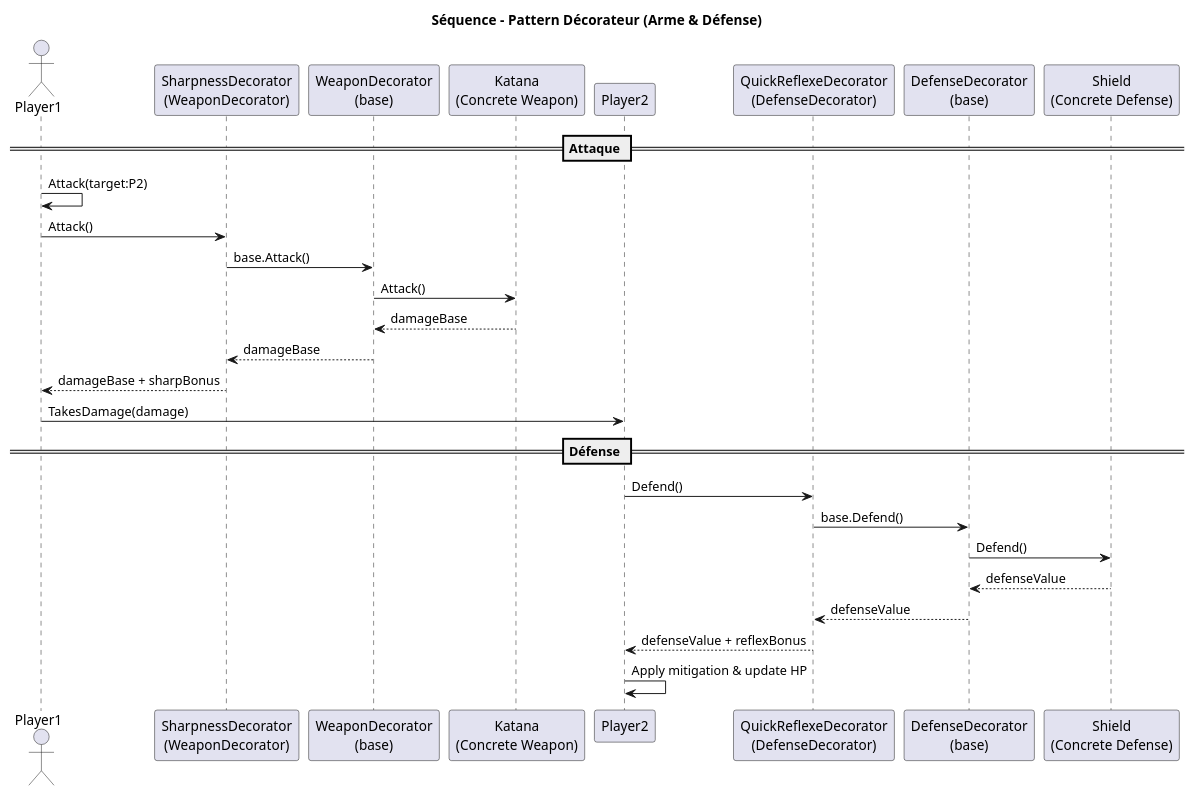
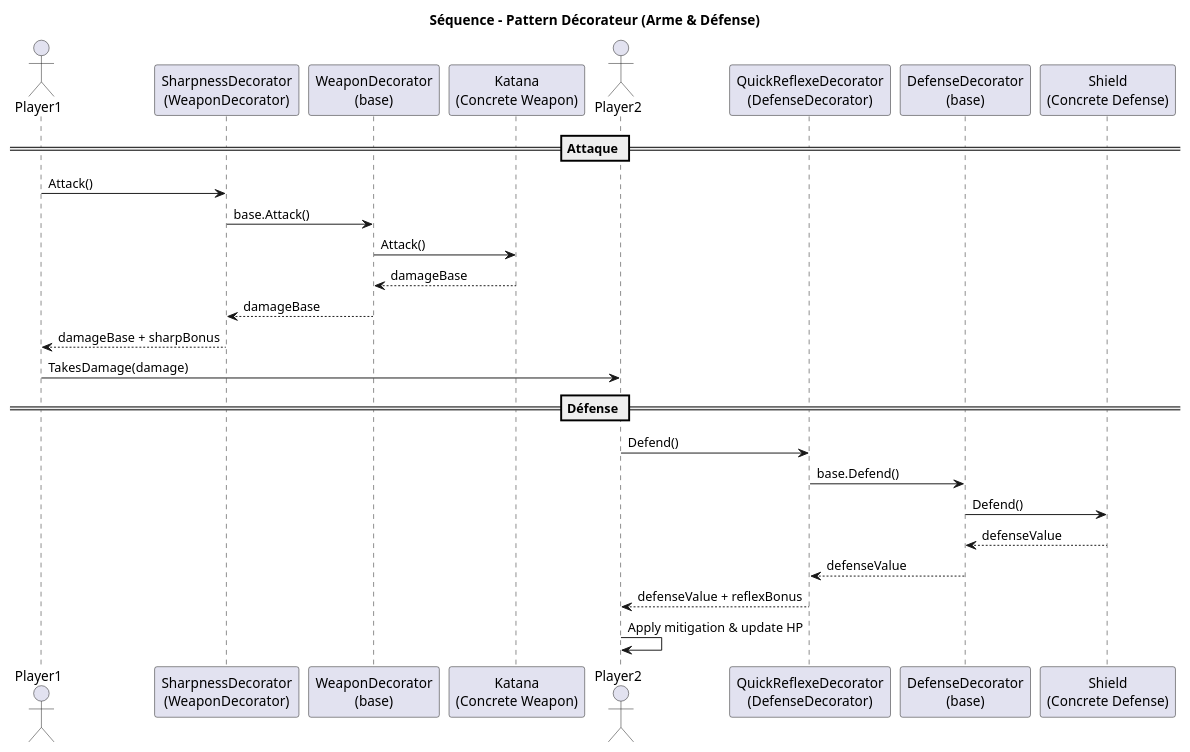
Before and after one commit to Mxzah/TP-final-1SY: the diagram in Diagrams/SequentialDiagram.wsd, drawn with PlantUML.

Commit message:
Modifier le diagramme de séquence

```diff
--- a/Diagrams/SequentialDiagram.wsd
+++ b/Diagrams/SequentialDiagram.wsd
@@ -1,32 +1,31 @@
 @startuml
 title Séquence – Pattern Décorateur (Arme & Défense)
 
 actor Player1 as P1
 participant "SharpnessDecorator\n(WeaponDecorator)" as SD
 participant "WeaponDecorator\n(base)" as WD
 participant "Katana\n(Concrete Weapon)" as Katana
-participant Player2 as P2
+actor Player2 as P2
 participant "QuickReflexeDecorator\n(DefenseDecorator)" as QRD
 participant "DefenseDecorator\n(base)" as DD
 participant "Shield\n(Concrete Defense)" as Shield
 
 == Attaque ==
-P1 -> P1: Attack(target:P2)
 P1 -> SD: Attack()
 SD -> WD: base.Attack()
 WD -> Katana: Attack()
 Katana --> WD: damageBase
 WD --> SD: damageBase
 SD --> P1: damageBase + sharpBonus
 P1 -> P2: TakesDamage(damage)
 
 == Défense ==
 P2 -> QRD: Defend()
 QRD -> DD: base.Defend()
 DD -> Shield: Defend()
 Shield --> DD: defenseValue
 DD --> QRD: defenseValue
 QRD --> P2: defenseValue + reflexBonus
 P2 -> P2: Apply mitigation & update HP
 
 @enduml
```
